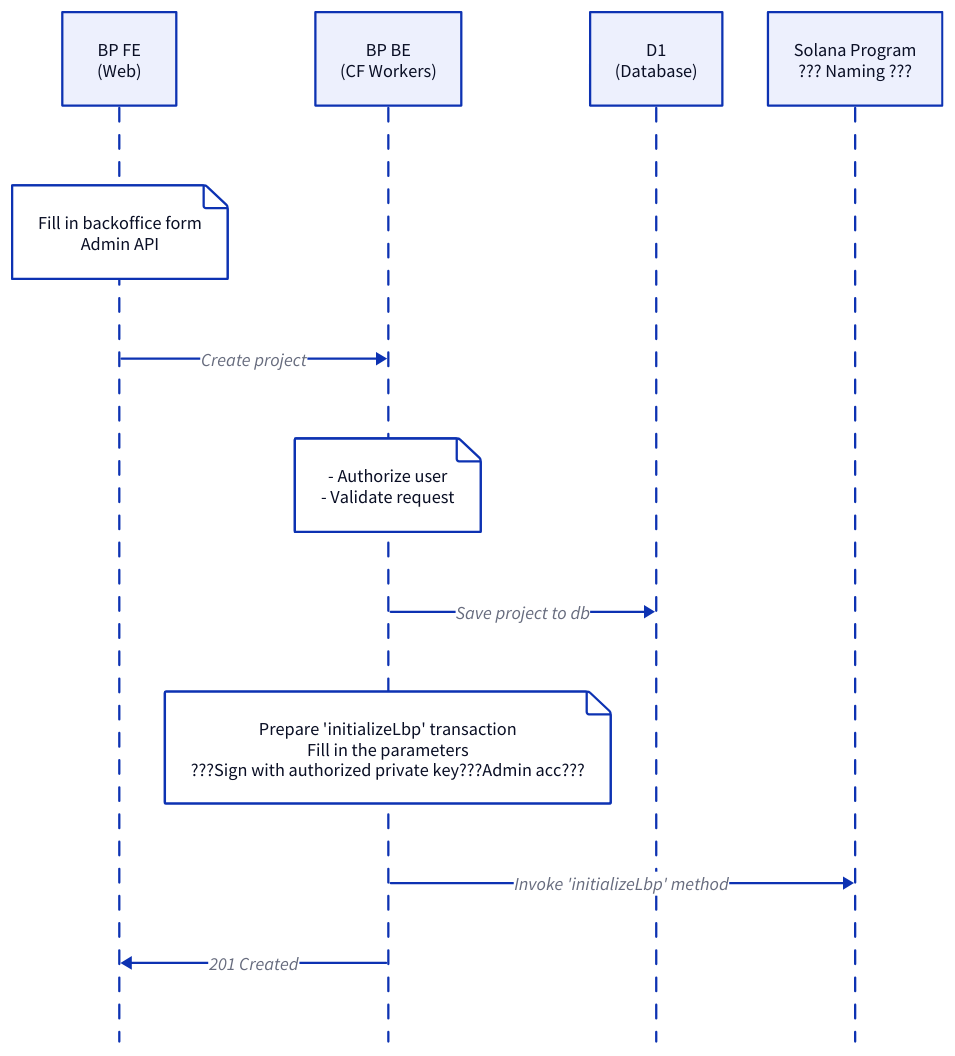
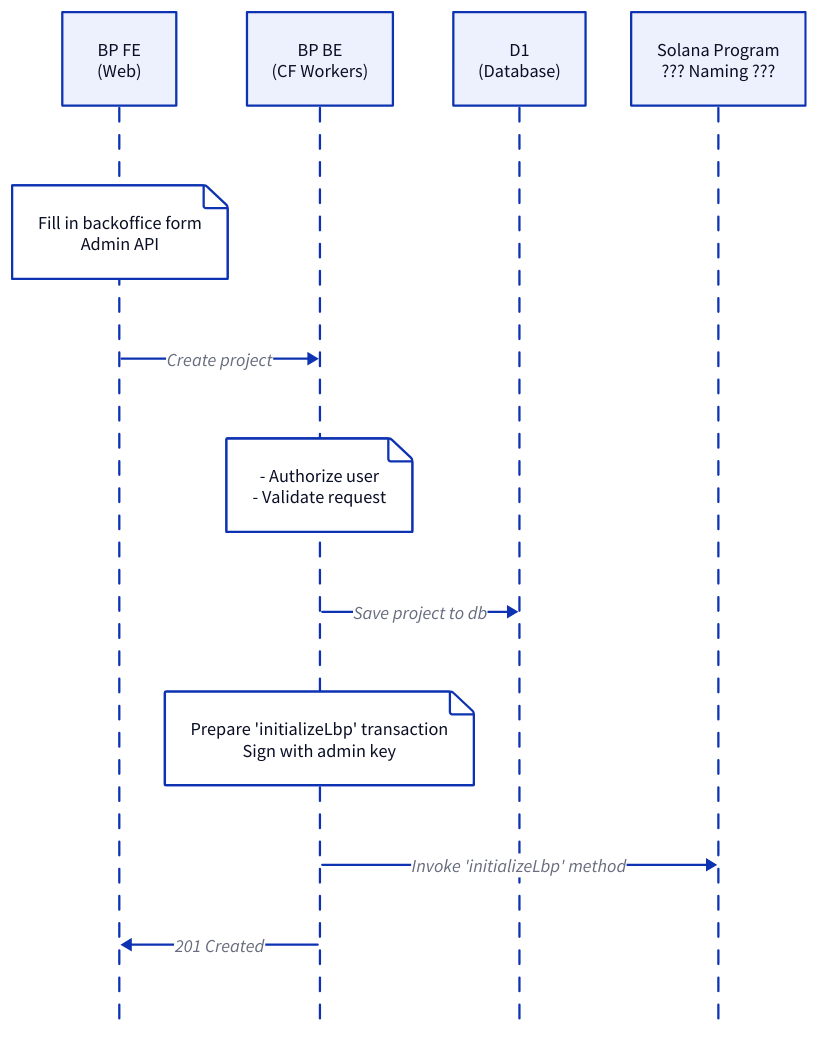
Before and after one commit to EwanBorgPad/spark: the diagram in docs/lbp-init.d2, drawn with D2.

Commit message:
feat: anchor typescript - docs

```diff
--- a/docs/lbp-init.d2
+++ b/docs/lbp-init.d2
@@ -1,23 +1,23 @@
 shape: sequence_diagram
 
 
 # Actors
 fe: BP FE\n(Web)
 be: BP BE\n(CF Workers)
 db: D1\n(Database)
 sp: Solana Program\n??? Naming ???
 
 fe."Fill in backoffice form\nAdmin API"
 
 fe -> be: "Create project"
 
 be."- Authorize user\n- Validate request"
 # be."Validate request"
 
 be -> db: "Save project to db"
 
-be."Prepare 'initializeLbp' transaction\nFill in the parameters\n???Sign with authorized private key???Admin acc???"
+be."Prepare 'initializeLbp' transaction\nSign with admin key"
 
 be -> sp: "Invoke 'initializeLbp' method"
 
 be -> fe: "201 Created"
```
